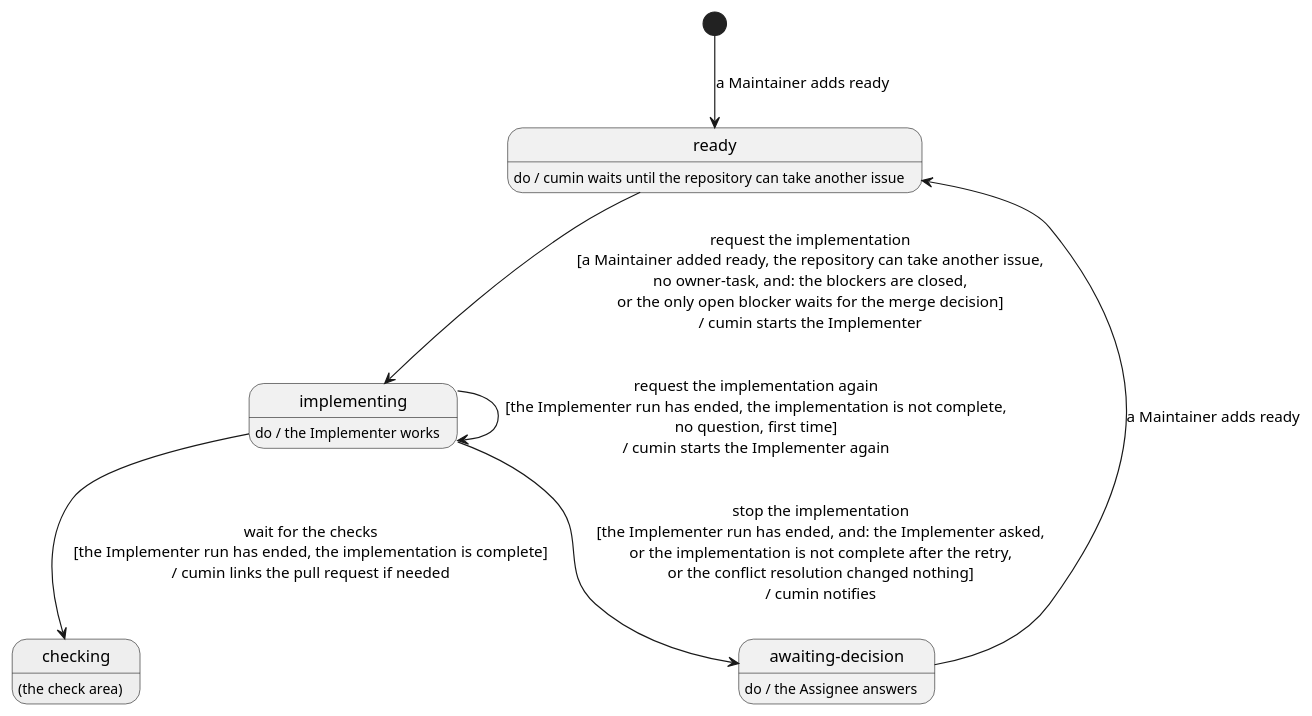
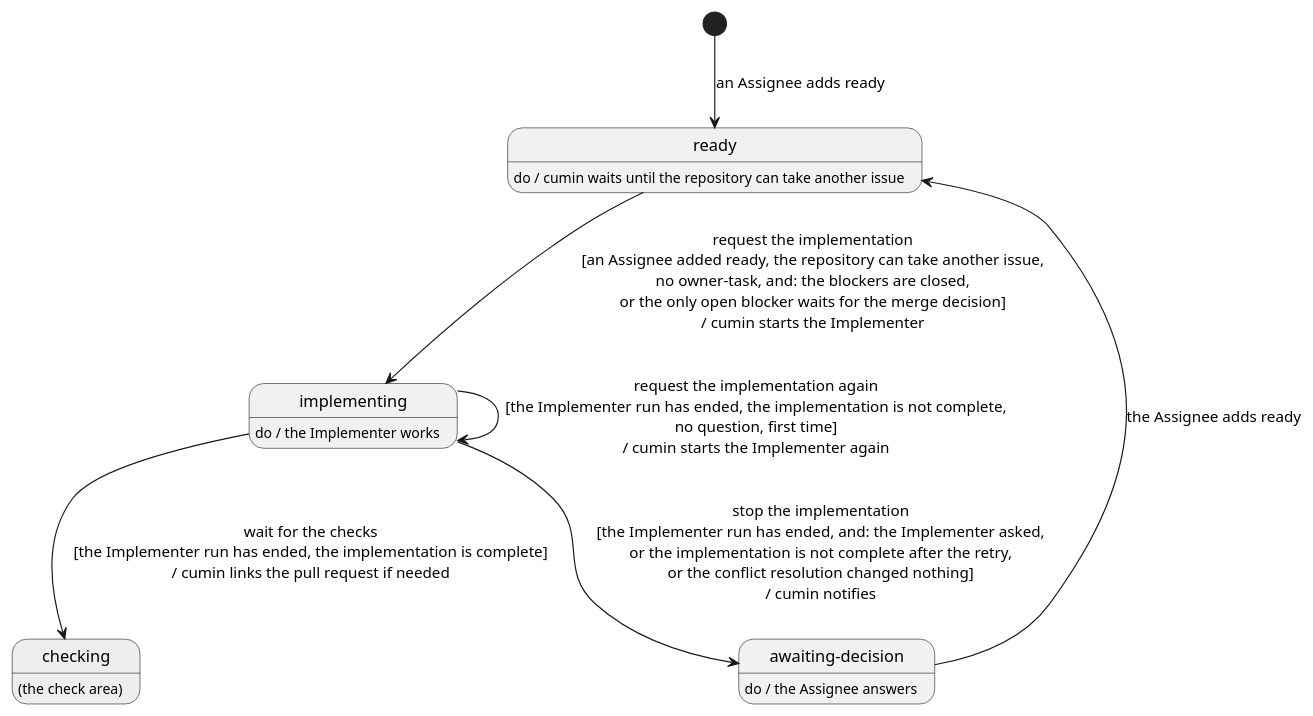
One commit to cloveclovedev/cumin-works changed the diagram in docs/ja/requirements/impl/overview.puml. Above: the diagram before and after it, drawn with PlantUML. The commit also changed 6 other files, not shown here.

First line of the commit message:
docs(requirements): let only an Assignee start an implementation with ready

```diff
--- a/docs/ja/requirements/impl/overview.puml
+++ b/docs/ja/requirements/impl/overview.puml
@@ -1,28 +1,28 @@
 @startuml overview
 ' cumin-works - the states of an implementation issue in the implementation stage.
 ' A state is a label on GitHub, written without "cumin/status/". "do /" says who works in the state.
 ' A transition is written: action [guard] / what cumin does. A gray state belongs to another area.
 ' Render: run scripts/render-diagrams.sh at the root of the repository.
 
 hide empty description
 
 state "ready" as Ready
 Ready : do / cumin waits until the repository can take another issue
 
 state "implementing" as Implementing
 Implementing : do / the Implementer works
 
 state "checking" as Checking #EEEEEE
 Checking : (the check area)
 
 state "awaiting-decision" as Decision
 Decision : do / the Assignee answers
 
-[*] --> Ready : a Maintainer adds ready
-Ready --> Implementing : request the implementation\n[a Maintainer added ready, the repository can take another issue,\nno owner-task, and: the blockers are closed,\nor the only open blocker waits for the merge decision]\n/ cumin starts the Implementer
+[*] --> Ready : an Assignee adds ready
+Ready --> Implementing : request the implementation\n[an Assignee added ready, the repository can take another issue,\nno owner-task, and: the blockers are closed,\nor the only open blocker waits for the merge decision]\n/ cumin starts the Implementer
 Implementing --> Checking : wait for the checks\n[the Implementer run has ended, the implementation is complete]\n/ cumin links the pull request if needed
 Implementing --> Implementing : request the implementation again\n[the Implementer run has ended, the implementation is not complete,\nno question, first time]\n/ cumin starts the Implementer again
 Implementing --> Decision : stop the implementation\n[the Implementer run has ended, and: the Implementer asked,\nor the implementation is not complete after the retry,\nor the conflict resolution changed nothing]\n/ cumin notifies
-Decision --> Ready : a Maintainer adds ready
+Decision --> Ready : the Assignee adds ready
 
 @enduml
```
